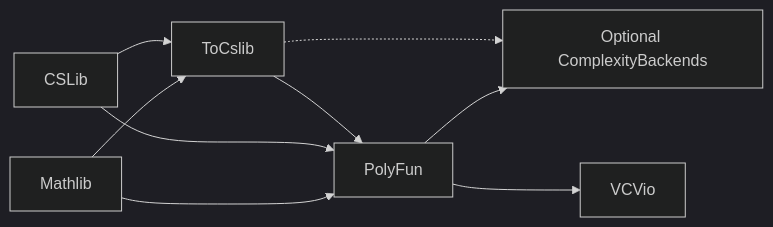
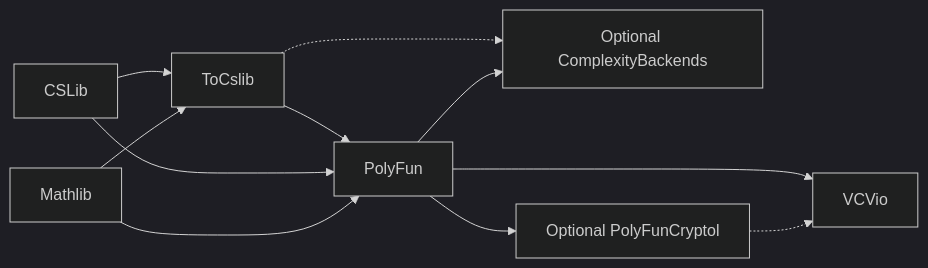
One commit to Verified-zkEVM/PolyFun changed the diagram in README.md. Above: the diagram before and after it, drawn with Mermaid (dark theme). The commit also changed other lines of this file and 133 other files, not shown here.

````diff
--- a/README.md
+++ b/README.md
@@ -49,11 +50,13 @@
 ```mermaid
 flowchart LR
   M[Mathlib] --> P[PolyFun]
   C[CSLib] --> P
   M --> T[ToCslib]
   C --> T
   T --> P
   P --> A[Optional ComplexityBackends]
+  P --> CR[Optional PolyFunCryptol]
+  CR -.-> V
   T -.-> A
   P --> V[VCVio]
 ```
````
